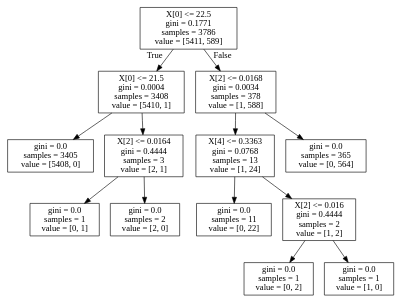
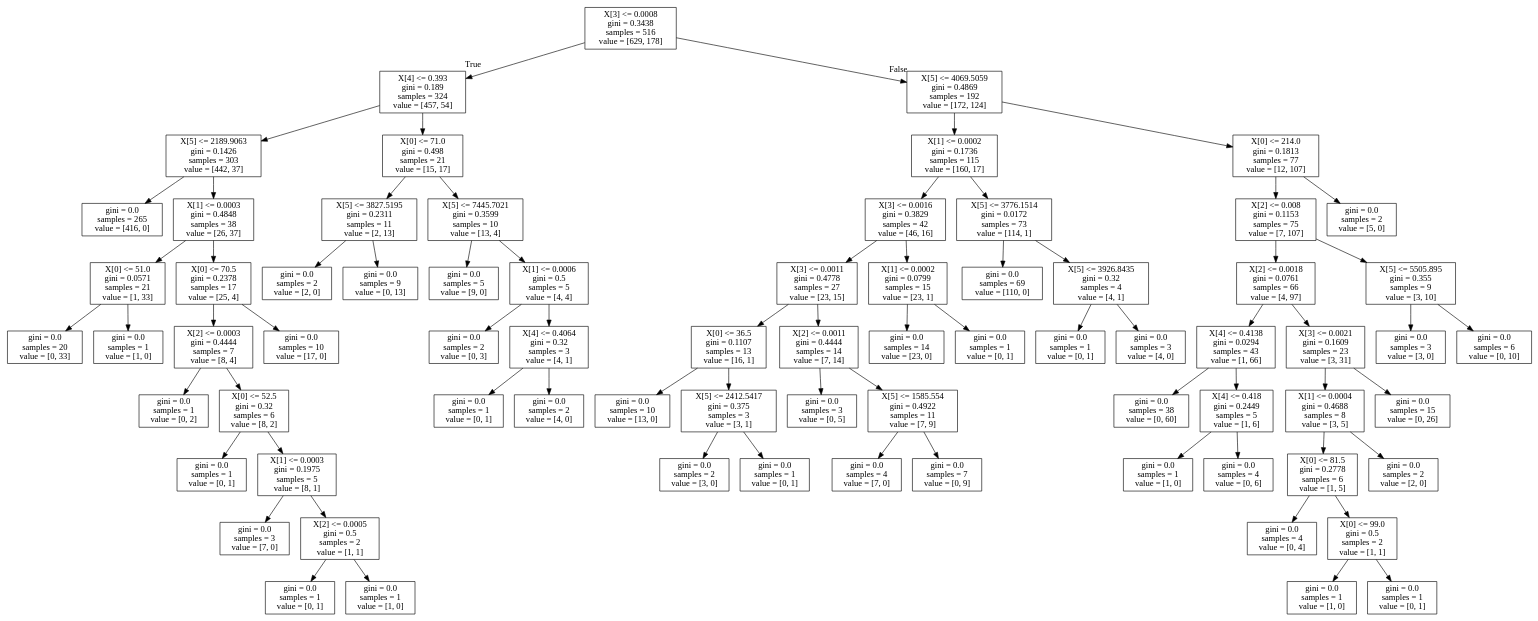
Before and after one commit to imwack/facebook: the diagram in 1.dot, drawn with Graphviz. The commit also changed 17 other files, not shown here.

```diff
--- a/1.dot
+++ b/1.dot
@@ -1,28 +1,148 @@
 digraph Tree {
 node [shape=box] ;
-0 [label="X[0] <= 22.5\ngini = 0.1771\nsamples = 3786\nvalue = [5411, 589]"] ;
-1 [label="X[0] <= 21.5\ngini = 0.0004\nsamples = 3408\nvalue = [5410, 1]"] ;
+0 [label="X[3] <= 0.0008\ngini = 0.3438\nsamples = 516\nvalue = [629, 178]"] ;
+1 [label="X[4] <= 0.393\ngini = 0.189\nsamples = 324\nvalue = [457, 54]"] ;
 0 -> 1 [labeldistance=2.5, labelangle=45, headlabel="True"] ;
-2 [label="gini = 0.0\nsamples = 3405\nvalue = [5408, 0]"] ;
+2 [label="X[5] <= 2189.9063\ngini = 0.1426\nsamples = 303\nvalue = [442, 37]"] ;
 1 -> 2 ;
-3 [label="X[2] <= 0.0164\ngini = 0.4444\nsamples = 3\nvalue = [2, 1]"] ;
-1 -> 3 ;
-4 [label="gini = 0.0\nsamples = 1\nvalue = [0, 1]"] ;
-3 -> 4 ;
-5 [label="gini = 0.0\nsamples = 2\nvalue = [2, 0]"] ;
-3 -> 5 ;
-6 [label="X[2] <= 0.0168\ngini = 0.0034\nsamples = 378\nvalue = [1, 588]"] ;
-0 -> 6 [labeldistance=2.5, labelangle=-45, headlabel="False"] ;
-7 [label="X[4] <= 0.3363\ngini = 0.0768\nsamples = 13\nvalue = [1, 24]"] ;
-6 -> 7 ;
-8 [label="gini = 0.0\nsamples = 11\nvalue = [0, 22]"] ;
-7 -> 8 ;
-9 [label="X[2] <= 0.016\ngini = 0.4444\nsamples = 2\nvalue = [1, 2]"] ;
-7 -> 9 ;
+3 [label="gini = 0.0\nsamples = 265\nvalue = [416, 0]"] ;
+2 -> 3 ;
+4 [label="X[1] <= 0.0003\ngini = 0.4848\nsamples = 38\nvalue = [26, 37]"] ;
+2 -> 4 ;
+5 [label="X[0] <= 51.0\ngini = 0.0571\nsamples = 21\nvalue = [1, 33]"] ;
+4 -> 5 ;
+6 [label="gini = 0.0\nsamples = 20\nvalue = [0, 33]"] ;
+5 -> 6 ;
+7 [label="gini = 0.0\nsamples = 1\nvalue = [1, 0]"] ;
+5 -> 7 ;
+8 [label="X[0] <= 70.5\ngini = 0.2378\nsamples = 17\nvalue = [25, 4]"] ;
+4 -> 8 ;
+9 [label="X[2] <= 0.0003\ngini = 0.4444\nsamples = 7\nvalue = [8, 4]"] ;
+8 -> 9 ;
 10 [label="gini = 0.0\nsamples = 1\nvalue = [0, 2]"] ;
 9 -> 10 ;
-11 [label="gini = 0.0\nsamples = 1\nvalue = [1, 0]"] ;
+11 [label="X[0] <= 52.5\ngini = 0.32\nsamples = 6\nvalue = [8, 2]"] ;
 9 -> 11 ;
-12 [label="gini = 0.0\nsamples = 365\nvalue = [0, 564]"] ;
-6 -> 12 ;
+12 [label="gini = 0.0\nsamples = 1\nvalue = [0, 1]"] ;
+11 -> 12 ;
+13 [label="X[1] <= 0.0003\ngini = 0.1975\nsamples = 5\nvalue = [8, 1]"] ;
+11 -> 13 ;
+14 [label="gini = 0.0\nsamples = 3\nvalue = [7, 0]"] ;
+13 -> 14 ;
+15 [label="X[2] <= 0.0005\ngini = 0.5\nsamples = 2\nvalue = [1, 1]"] ;
+13 -> 15 ;
+16 [label="gini = 0.0\nsamples = 1\nvalue = [0, 1]"] ;
+15 -> 16 ;
+17 [label="gini = 0.0\nsamples = 1\nvalue = [1, 0]"] ;
+15 -> 17 ;
+18 [label="gini = 0.0\nsamples = 10\nvalue = [17, 0]"] ;
+8 -> 18 ;
+19 [label="X[0] <= 71.0\ngini = 0.498\nsamples = 21\nvalue = [15, 17]"] ;
+1 -> 19 ;
+20 [label="X[5] <= 3827.5195\ngini = 0.2311\nsamples = 11\nvalue = [2, 13]"] ;
+19 -> 20 ;
+21 [label="gini = 0.0\nsamples = 2\nvalue = [2, 0]"] ;
+20 -> 21 ;
+22 [label="gini = 0.0\nsamples = 9\nvalue = [0, 13]"] ;
+20 -> 22 ;
+23 [label="X[5] <= 7445.7021\ngini = 0.3599\nsamples = 10\nvalue = [13, 4]"] ;
+19 -> 23 ;
+24 [label="gini = 0.0\nsamples = 5\nvalue = [9, 0]"] ;
+23 -> 24 ;
+25 [label="X[1] <= 0.0006\ngini = 0.5\nsamples = 5\nvalue = [4, 4]"] ;
+23 -> 25 ;
+26 [label="gini = 0.0\nsamples = 2\nvalue = [0, 3]"] ;
+25 -> 26 ;
+27 [label="X[4] <= 0.4064\ngini = 0.32\nsamples = 3\nvalue = [4, 1]"] ;
+25 -> 27 ;
+28 [label="gini = 0.0\nsamples = 1\nvalue = [0, 1]"] ;
+27 -> 28 ;
+29 [label="gini = 0.0\nsamples = 2\nvalue = [4, 0]"] ;
+27 -> 29 ;
+30 [label="X[5] <= 4069.5059\ngini = 0.4869\nsamples = 192\nvalue = [172, 124]"] ;
+0 -> 30 [labeldistance=2.5, labelangle=-45, headlabel="False"] ;
+31 [label="X[1] <= 0.0002\ngini = 0.1736\nsamples = 115\nvalue = [160, 17]"] ;
+30 -> 31 ;
+32 [label="X[3] <= 0.0016\ngini = 0.3829\nsamples = 42\nvalue = [46, 16]"] ;
+31 -> 32 ;
+33 [label="X[3] <= 0.0011\ngini = 0.4778\nsamples = 27\nvalue = [23, 15]"] ;
+32 -> 33 ;
+34 [label="X[0] <= 36.5\ngini = 0.1107\nsamples = 13\nvalue = [16, 1]"] ;
+33 -> 34 ;
+35 [label="gini = 0.0\nsamples = 10\nvalue = [13, 0]"] ;
+34 -> 35 ;
+36 [label="X[5] <= 2412.5417\ngini = 0.375\nsamples = 3\nvalue = [3, 1]"] ;
+34 -> 36 ;
+37 [label="gini = 0.0\nsamples = 2\nvalue = [3, 0]"] ;
+36 -> 37 ;
+38 [label="gini = 0.0\nsamples = 1\nvalue = [0, 1]"] ;
+36 -> 38 ;
+39 [label="X[2] <= 0.0011\ngini = 0.4444\nsamples = 14\nvalue = [7, 14]"] ;
+33 -> 39 ;
+40 [label="gini = 0.0\nsamples = 3\nvalue = [0, 5]"] ;
+39 -> 40 ;
+41 [label="X[5] <= 1585.554\ngini = 0.4922\nsamples = 11\nvalue = [7, 9]"] ;
+39 -> 41 ;
+42 [label="gini = 0.0\nsamples = 4\nvalue = [7, 0]"] ;
+41 -> 42 ;
+43 [label="gini = 0.0\nsamples = 7\nvalue = [0, 9]"] ;
+41 -> 43 ;
+44 [label="X[1] <= 0.0002\ngini = 0.0799\nsamples = 15\nvalue = [23, 1]"] ;
+32 -> 44 ;
+45 [label="gini = 0.0\nsamples = 14\nvalue = [23, 0]"] ;
+44 -> 45 ;
+46 [label="gini = 0.0\nsamples = 1\nvalue = [0, 1]"] ;
+44 -> 46 ;
+47 [label="X[5] <= 3776.1514\ngini = 0.0172\nsamples = 73\nvalue = [114, 1]"] ;
+31 -> 47 ;
+48 [label="gini = 0.0\nsamples = 69\nvalue = [110, 0]"] ;
+47 -> 48 ;
+49 [label="X[5] <= 3926.8435\ngini = 0.32\nsamples = 4\nvalue = [4, 1]"] ;
+47 -> 49 ;
+50 [label="gini = 0.0\nsamples = 1\nvalue = [0, 1]"] ;
+49 -> 50 ;
+51 [label="gini = 0.0\nsamples = 3\nvalue = [4, 0]"] ;
+49 -> 51 ;
+52 [label="X[0] <= 214.0\ngini = 0.1813\nsamples = 77\nvalue = [12, 107]"] ;
+30 -> 52 ;
+53 [label="X[2] <= 0.008\ngini = 0.1153\nsamples = 75\nvalue = [7, 107]"] ;
+52 -> 53 ;
+54 [label="X[2] <= 0.0018\ngini = 0.0761\nsamples = 66\nvalue = [4, 97]"] ;
+53 -> 54 ;
+55 [label="X[4] <= 0.4138\ngini = 0.0294\nsamples = 43\nvalue = [1, 66]"] ;
+54 -> 55 ;
+56 [label="gini = 0.0\nsamples = 38\nvalue = [0, 60]"] ;
+55 -> 56 ;
+57 [label="X[4] <= 0.418\ngini = 0.2449\nsamples = 5\nvalue = [1, 6]"] ;
+55 -> 57 ;
+58 [label="gini = 0.0\nsamples = 1\nvalue = [1, 0]"] ;
+57 -> 58 ;
+59 [label="gini = 0.0\nsamples = 4\nvalue = [0, 6]"] ;
+57 -> 59 ;
+60 [label="X[3] <= 0.0021\ngini = 0.1609\nsamples = 23\nvalue = [3, 31]"] ;
+54 -> 60 ;
+61 [label="X[1] <= 0.0004\ngini = 0.4688\nsamples = 8\nvalue = [3, 5]"] ;
+60 -> 61 ;
+62 [label="X[0] <= 81.5\ngini = 0.2778\nsamples = 6\nvalue = [1, 5]"] ;
+61 -> 62 ;
+63 [label="gini = 0.0\nsamples = 4\nvalue = [0, 4]"] ;
+62 -> 63 ;
+64 [label="X[0] <= 99.0\ngini = 0.5\nsamples = 2\nvalue = [1, 1]"] ;
+62 -> 64 ;
+65 [label="gini = 0.0\nsamples = 1\nvalue = [1, 0]"] ;
+64 -> 65 ;
+66 [label="gini = 0.0\nsamples = 1\nvalue = [0, 1]"] ;
+64 -> 66 ;
+67 [label="gini = 0.0\nsamples = 2\nvalue = [2, 0]"] ;
+61 -> 67 ;
+68 [label="gini = 0.0\nsamples = 15\nvalue = [0, 26]"] ;
+60 -> 68 ;
+69 [label="X[5] <= 5505.895\ngini = 0.355\nsamples = 9\nvalue = [3, 10]"] ;
+53 -> 69 ;
+70 [label="gini = 0.0\nsamples = 3\nvalue = [3, 0]"] ;
+69 -> 70 ;
+71 [label="gini = 0.0\nsamples = 6\nvalue = [0, 10]"] ;
+69 -> 71 ;
+72 [label="gini = 0.0\nsamples = 2\nvalue = [5, 0]"] ;
+52 -> 72 ;
 }
```
